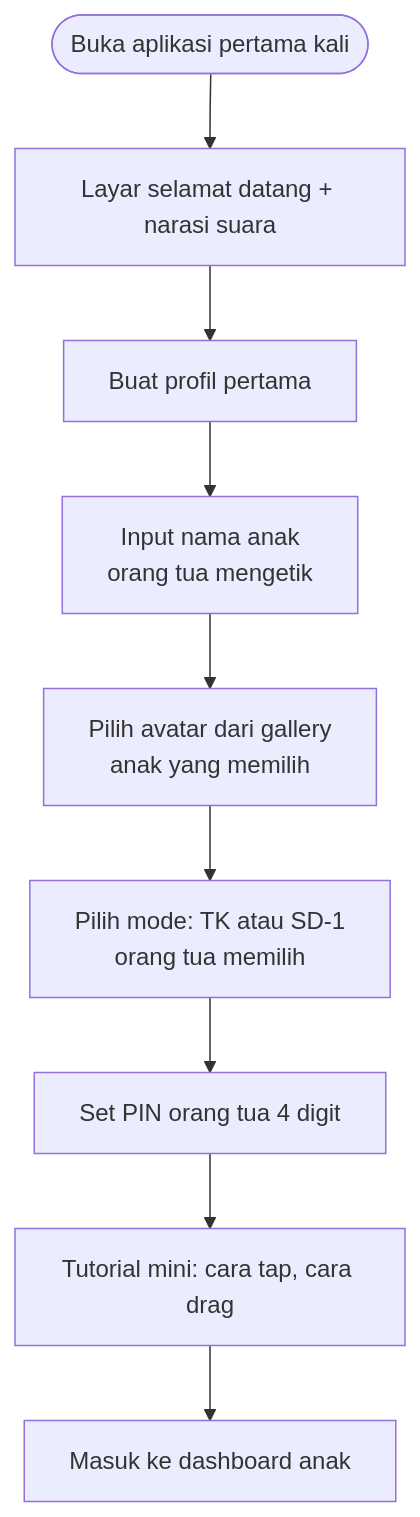
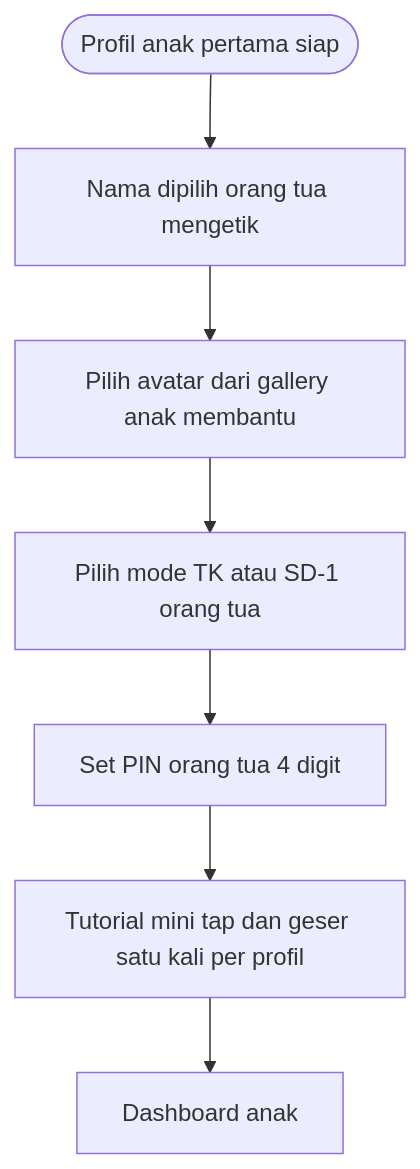
One commit to mohamad-amujaki/game_edukatif_anak changed the second of 5 diagrams in docs/PRD.md. Above: the diagram before and after it, drawn with Mermaid. The commit also changed other lines of this file and 24 other files, not shown here.

````diff
--- a/docs/PRD.md
+++ b/docs/PRD.md
@@ -215,11 +272,9 @@
 ```mermaid
 flowchart TD
-    Start([Buka aplikasi pertama kali]) --> Welcome[Layar selamat datang + narasi suara]
-    Welcome --> CreateProfile[Buat profil pertama]
-    CreateProfile --> InputName[Input nama anak<br/>orang tua mengetik]
-    InputName --> SelectAvatar[Pilih avatar dari gallery<br/>anak yang memilih]
-    SelectAvatar --> SelectMode[Pilih mode: TK atau SD-1<br/>orang tua memilih]
+    ProfileReady([Profil anak pertama siap]) --> InputName[Nama dipilih orang tua mengetik]
+    InputName --> SelectAvatar[Pilih avatar dari gallery anak membantu]
+    SelectAvatar --> SelectMode[Pilih mode TK atau SD-1 orang tua]
     SelectMode --> SetParentPin[Set PIN orang tua 4 digit]
-    SetParentPin --> Tutorial[Tutorial mini: cara tap, cara drag]
-    Tutorial --> Dashboard[Masuk ke dashboard anak]
+    SetParentPin --> Tutorial[Tutorial mini tap dan geser satu kali per profil]
+    Tutorial --> Dashboard[Dashboard anak]
 ```
````
